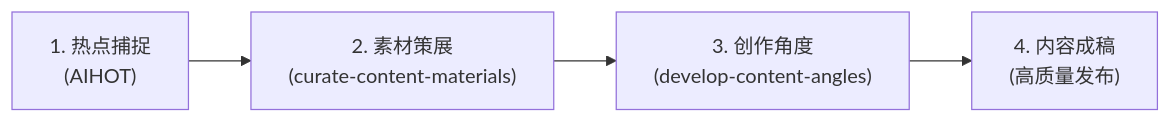
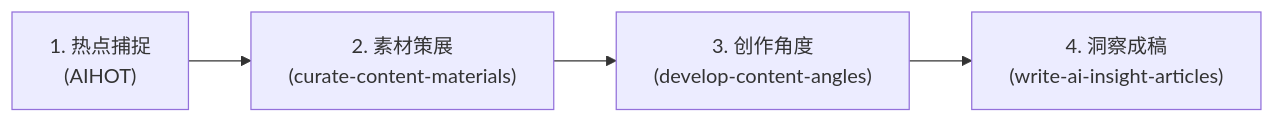
One commit to WtecHtec/collect-skills changed the diagram in aipost/README.md. Above: the diagram before and after it, drawn with Mermaid. The commit also changed other lines of this file and 1 other file, not shown here.

````diff
--- a/aipost/README.md
+++ b/aipost/README.md
@@ -9,6 +9,6 @@
 ```mermaid
 flowchart LR
     A["1. 热点捕捉\n(AIHOT)"] --> B["2. 素材策展\n(curate-content-materials)"]
     B --> C["3. 创作角度\n(develop-content-angles)"]
-    C --> D["4. 内容成稿\n(高质量发布)"]
+    C --> D["4. 洞察成稿\n(write-ai-insight-articles)"]
 ```
````
